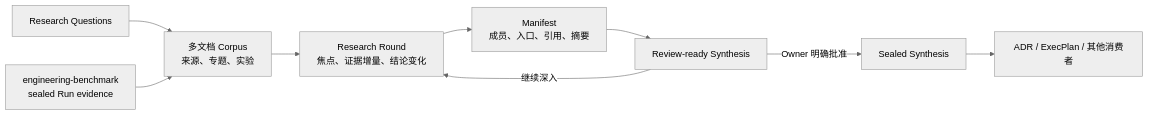
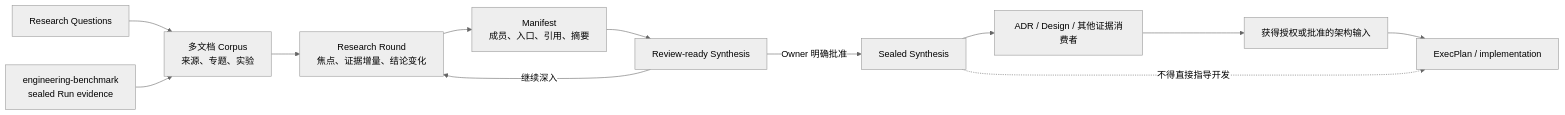
One commit to XiaoWeiKIN/RepoFoundryAI changed the diagram in engineering-research/SKILL.md. Above: the diagram before and after it, drawn with Mermaid (neutral theme). The commit also changed other lines of this file and 34 other files, not shown here.

````diff
--- a/engineering-research/SKILL.md
+++ b/engineering-research/SKILL.md
@@ -12,11 +14,14 @@
 ```mermaid
 flowchart LR
     Q["Research Questions"] --> C["多文档 Corpus<br/>来源、专题、实验"]
     B["engineering-benchmark<br/>sealed Run evidence"] --> C
     C --> R["Research Round<br/>焦点、证据增量、结论变化"]
     R --> M["Manifest<br/>成员、入口、引用、摘要"]
     M --> S["Review-ready Synthesis"]
     S -->|"继续深入"| R
     S -->|"Owner 明确批准"| F["Sealed Synthesis"]
-    F --> D["ADR / ExecPlan / 其他消费者"]
+    F --> D["ADR / Design / 其他证据消费者"]
+    D --> E["获得授权或批准的架构输入"]
+    E --> P["ExecPlan / implementation"]
+    F -.->|"不得直接指导开发"| P
 ```
````
